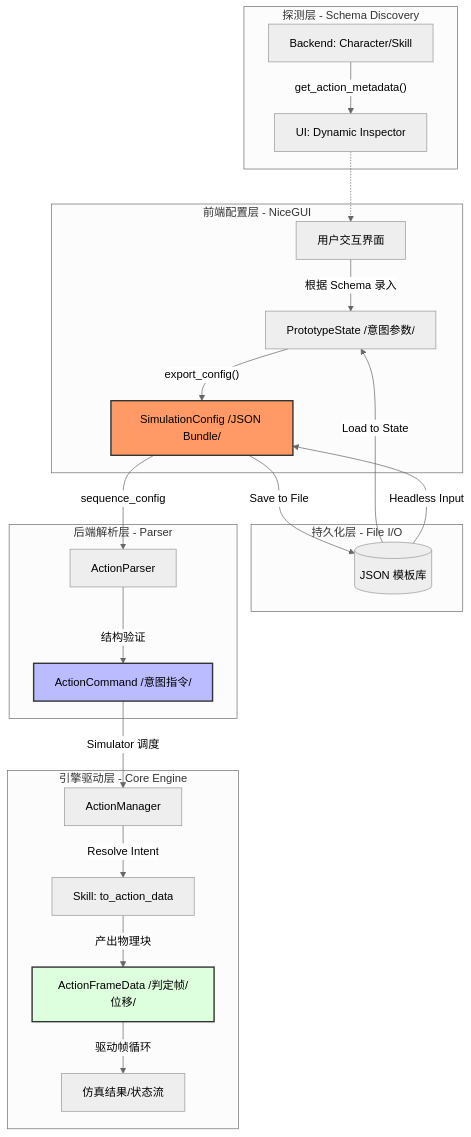
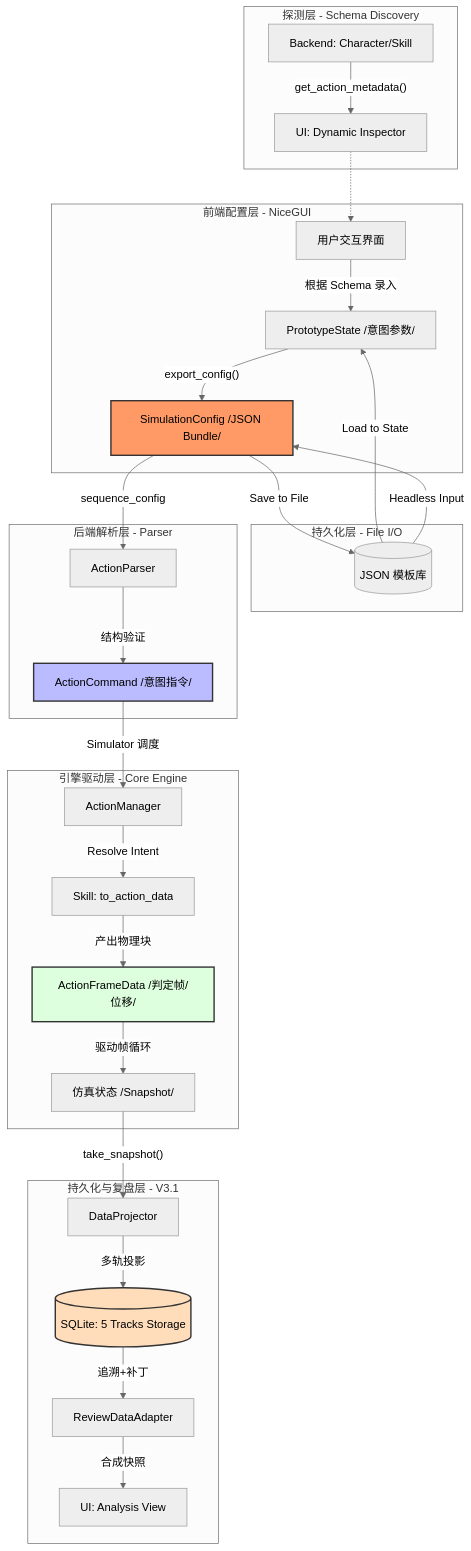
One commit to MCZME/Genshin-Damage-calculation changed the diagram in docs/architecture/system/数据传输架构.md. Above: the diagram before and after it, drawn with Mermaid (neutral theme). The commit also changed other lines of this file and 3 other files, not shown here.

````diff
--- a/docs/architecture/system/数据传输架构.md
+++ b/docs/architecture/system/数据传输架构.md
@@ -18,34 +18,42 @@
 ```mermaid
 graph TD
     subgraph Discovery [探测层 - Schema Discovery]
         D1[Backend: Character/Skill] -- "get_action_metadata()" --> D2[UI: Dynamic Inspector]
     end
 
     subgraph Frontend [前端配置层 - NiceGUI]
         A[用户交互界面] -- "根据 Schema 录入" --> B[PrototypeState /意图参数/]
         B -- "export_config()" --> C[SimulationConfig /JSON Bundle/]
     end
 
     subgraph Storage [持久化层 - File I/O]
         C -- "Save to File" --> S[(JSON 模板库)]
         S -- "Load to State" --> B
         S -- "Headless Input" --> C
     end
 
     subgraph Assembly [后端解析层 - Parser]
         C -- "sequence_config" --> E[ActionParser]
         E -- "结构验证" --> H[ActionCommand /意图指令/]
     end
 
     subgraph Core [引擎驱动层 - Core Engine]
         H -- "Simulator 调度" --> I[ActionManager]
         I -- "Resolve Intent" --> J[Skill: to_action_data]
         J -- "产出物理块" --> K[ActionFrameData /判定帧/位移/]
-        K -- "驱动帧循环" --> L[仿真结果/状态流]
+        K -- "驱动帧循环" --> L[仿真状态 /Snapshot/]
+    end
+
+    subgraph Persistence [持久化与复盘层 - V3.1]
+        L -- "take_snapshot()" --> M[DataProjector]
+        M -- "多轨投影" --> N[(SQLite: 5 Tracks Storage)]
+        N -- "追溯+补丁" --> O[ReviewDataAdapter]
+        O -- "合成快照" --> P[UI: Analysis View]
     end
 
     D2 -.-> A
     style C fill:#f96,stroke:#333,stroke-width:2px
     style H fill:#bbf,stroke:#333,stroke-width:2px
     style K fill:#dfd,stroke:#333,stroke-width:2px
+    style N fill:#fdb,stroke:#333,stroke-width:2px
 ```
````
